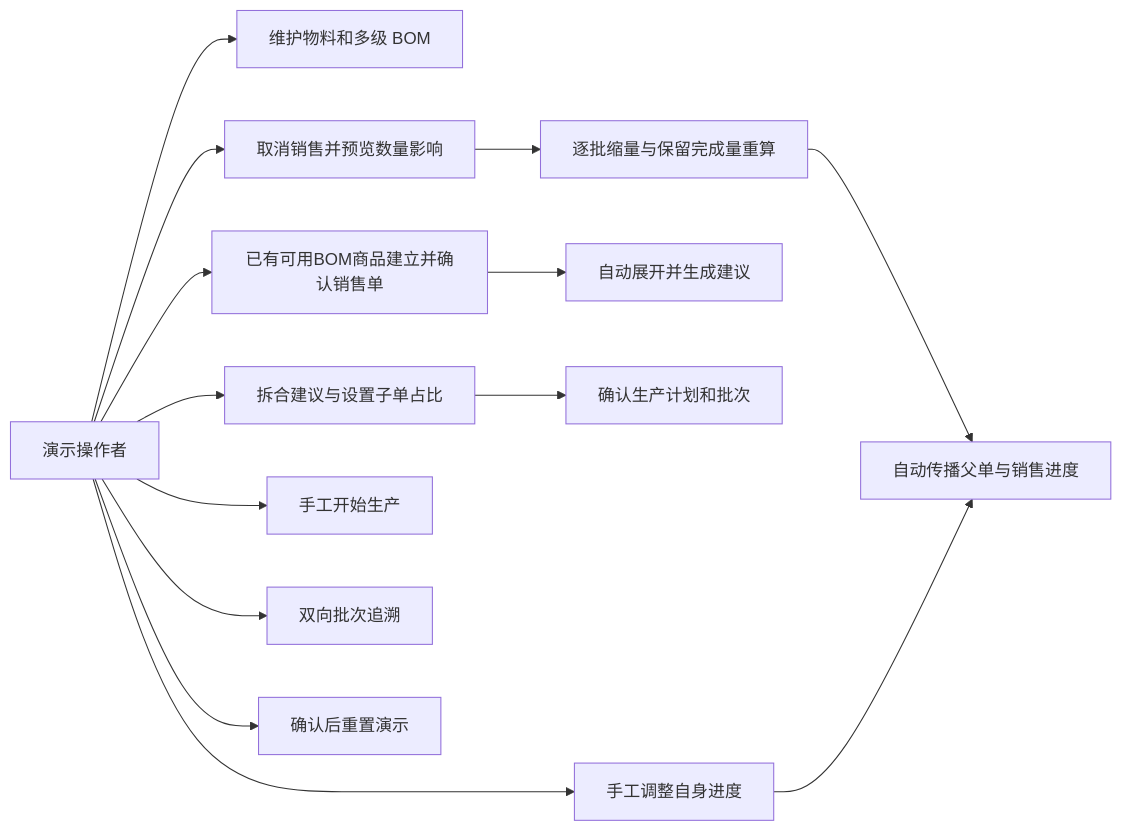
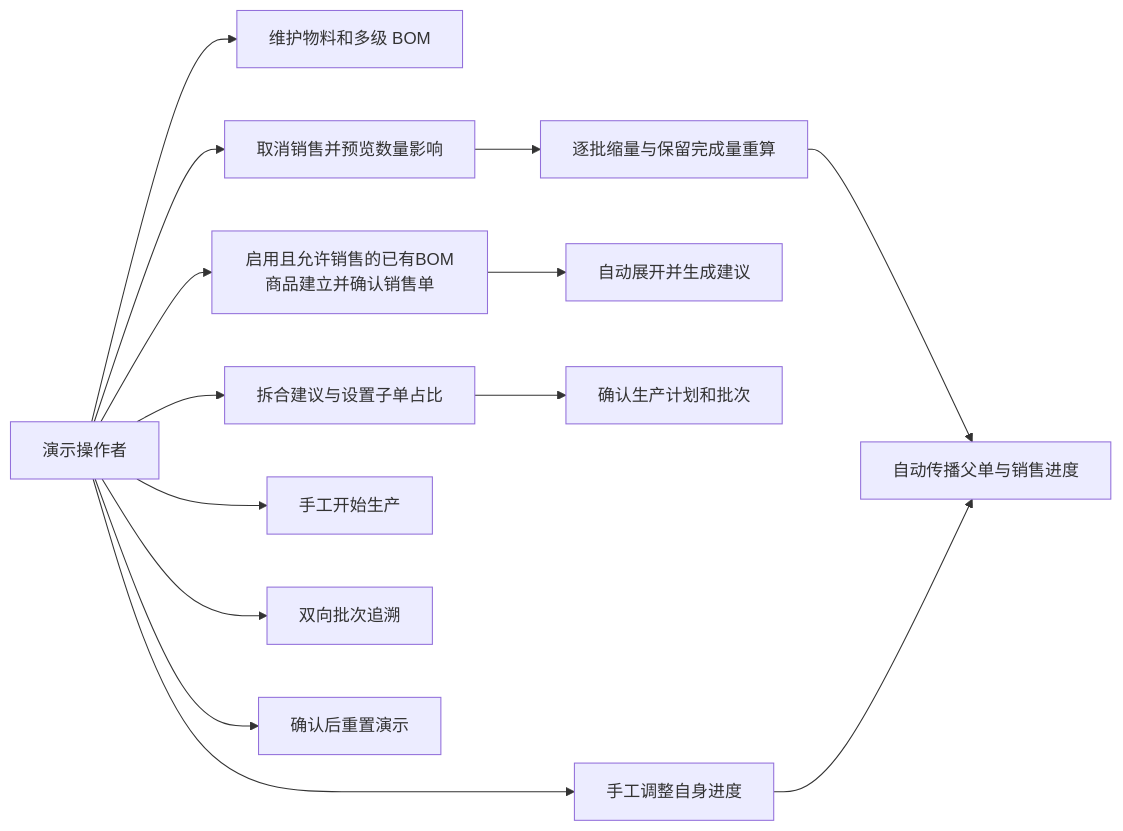
One commit to zimuwong-boop/Custom_APS changed the first of 9 diagrams in Docs/05_UML.md. Above: the diagram before and after it, drawn with Mermaid. The commit also changed other lines of this file and 24 other files, not shown here.

````diff
--- a/Docs/05_UML.md
+++ b/Docs/05_UML.md
@@ -9,16 +9,16 @@
 ```mermaid
 flowchart LR
     User[演示操作者] --> Catalog[维护物料和多级 BOM]
-    User --> Sale[已有可用BOM商品建立并确认销售单]
+    User --> Sale[启用且允许销售的已有BOM商品建立并确认销售单]
     User --> Cancel[取消销售并预览数量影响]
     Cancel --> Credit[逐批缩量与保留完成量重算]
     Credit --> Rollup
     Sale --> Suggest[自动展开并生成建议]
     User --> Adjust[拆合建议与设置子单占比]
     Adjust --> Confirm[确认生产计划和批次]
     User --> Start[手工开始生产]
     User --> Progress[手工调整自身进度]
     Progress --> Rollup[自动传播父单与销售进度]
     User --> Trace[双向批次追溯]
     User --> Reset[确认后重置演示]
 ```
````
